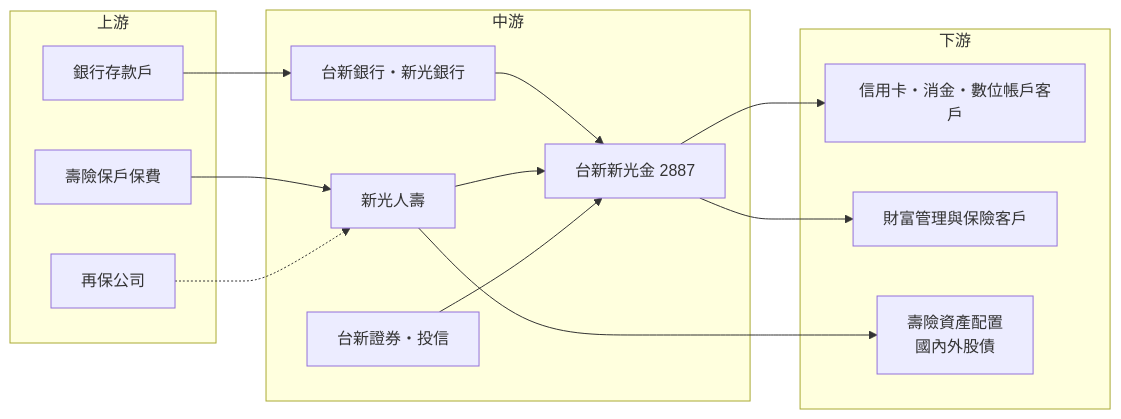
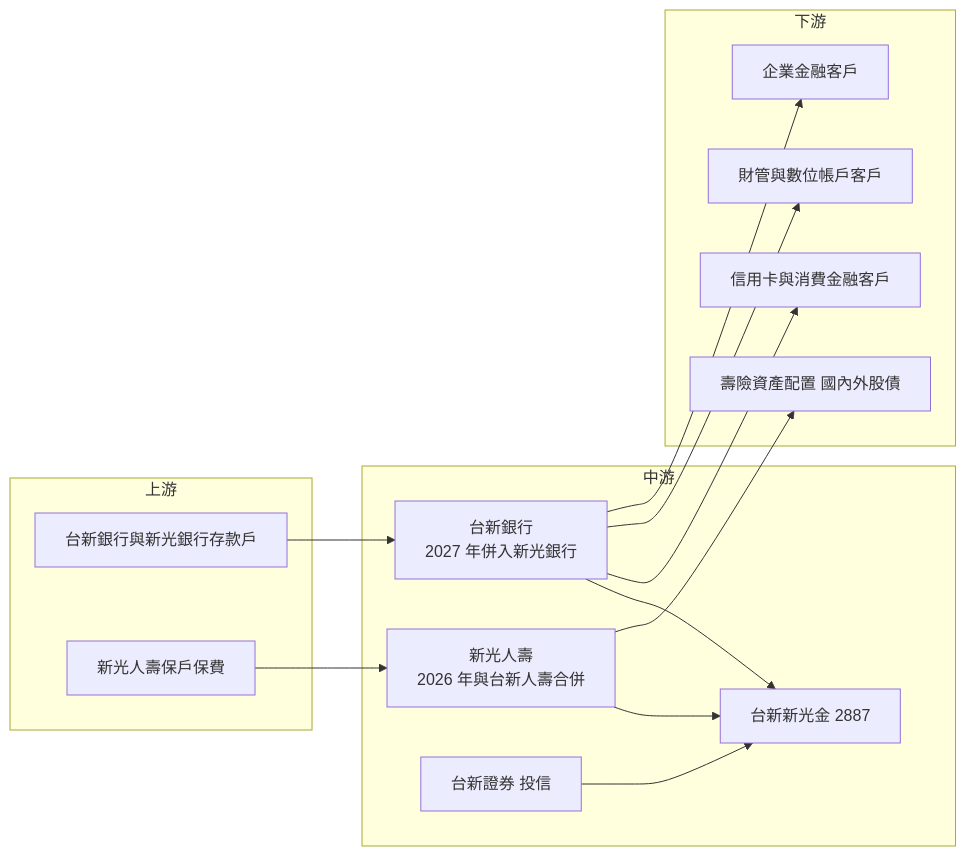
One commit to wangnick1004/taiwan-stock-vault changed the fourth of 4 diagrams in 個股/台股/2887台新新光金.md. Above: the diagram before and after it, drawn with Mermaid. The commit also changed other lines of this file and 7 other files, not shown here.

````diff
--- a/個股/台股/2887台新新光金.md
+++ b/個股/台股/2887台新新光金.md
@@ -222,28 +248,28 @@
 ```mermaid
 flowchart LR
     subgraph 上游
-        A1[銀行存款戶]
-        A2[壽險保戶保費]
-        A3[再保公司]
+        A1[台新銀行與新光銀行存款戶]
+        A2[新光人壽保戶保費]
     end
     subgraph 中游
         B[台新新光金 2887]
-        B1[台新銀行・新光銀行]
-        B2[新光人壽]
-        B3[台新證券・投信]
+        B1["台新銀行<br/>2027 年併入新光銀行"]
+        B2["新光人壽<br/>2026 年與台新人壽合併"]
+        B3[台新證券 投信]
     end
     subgraph 下游
-        C1[信用卡・消金・數位帳戶客戶]
-        C2[財富管理與保險客戶]
-        C3[壽險資產配置<br/>國內外股債]
+        C1[信用卡與消費金融客戶]
+        C2[財管與數位帳戶客戶]
+        C3[企業金融客戶]
+        C4[壽險資產配置 國內外股債]
     end
     A1 --> B1
     A2 --> B2
-    A3 -.-> B2
     B1 --> B
     B2 --> B
     B3 --> B
-    B --> C1
-    B --> C2
-    B2 --> C3
+    B1 --> C1
+    B1 --> C2
+    B1 --> C3
+    B2 --> C4
 ```
````
